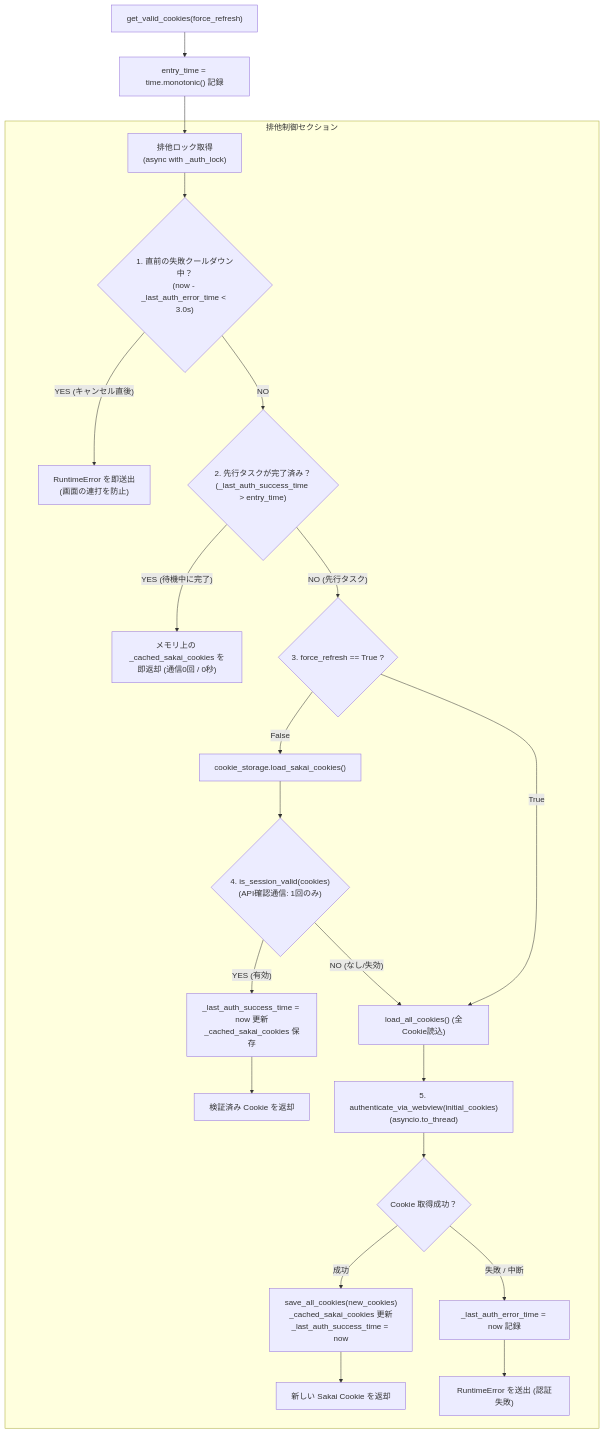
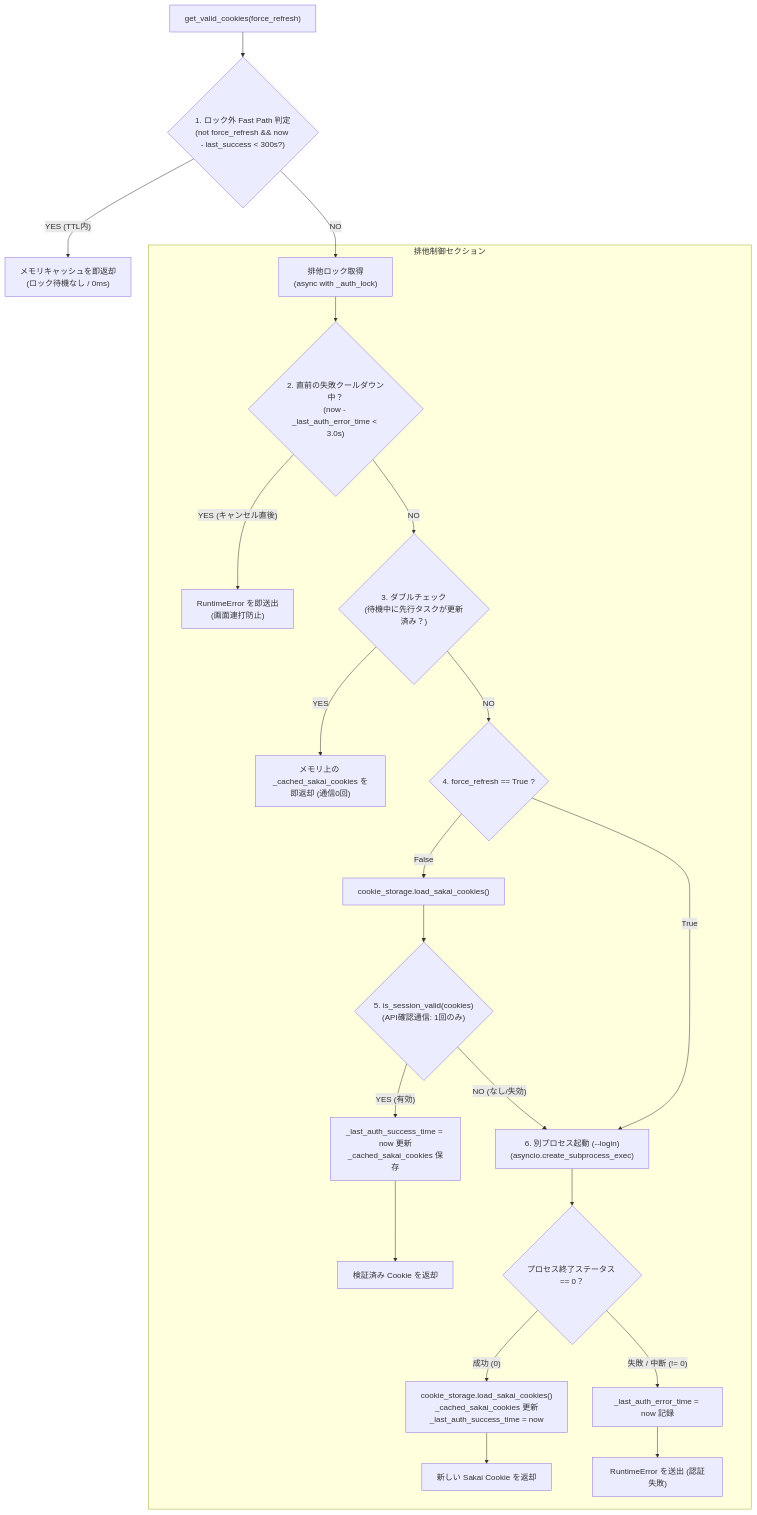
Before and after one commit to project-sakai-mcp/sakai-tasks-mcp: the sixth of 11 diagrams in docs/architecture.md, drawn with Mermaid. The commit also changed other lines of this file, not shown here.

Commit message:
update architecture

````diff
--- a/docs/architecture.md
+++ b/docs/architecture.md
@@ -671,33 +690,34 @@
 ```mermaid
 flowchart TD
-    Start["get_valid_cookies(force_refresh)"] --> RecordTime["entry_time = time.monotonic() 記録"]
-    RecordTime --> AcquireLock["排他ロック取得<br/>(async with _auth_lock)"]
+    Start["get_valid_cookies(force_refresh)"] --> CheckFastPath{"1. ロック外 Fast Path 判定<br/>(not force_refresh && now - last_success < 300s?)"}
+    CheckFastPath -- "YES (TTL内)" --> ReturnFast["メモリキャッシュを即返却<br/>(ロック待機なし / 0ms)"]
+    
+    CheckFastPath -- "NO" --> AcquireLock["排他ロック取得<br/>(async with _auth_lock)"]
 
     subgraph LockProtected ["排他制御セクション"]
-        AcquireLock --> CheckCooldown{"1. 直前の失敗クールダウン中？<br/>(now - _last_auth_error_time < 3.0s)"}
-        CheckCooldown -- "YES (キャンセル直後)" --> ErrorCooldown["RuntimeError を即送出<br/>(画面の連打を防止)"]
+        AcquireLock --> CheckCooldown{"2. 直前の失敗クールダウン中？<br/>(now - _last_auth_error_time < 3.0s)"}
+        CheckCooldown -- "YES (キャンセル直後)" --> ErrorCooldown["RuntimeError を即送出<br/>(画面連打防止)"]
 
-        CheckCooldown -- "NO" --> CheckPreceding{"2. 先行タスクが完了済み？<br/>(_last_auth_success_time > entry_time)"}
-        CheckPreceding -- "YES (待機中に完了)" --> ReturnCached["メモリ上の _cached_sakai_cookies を<br/>即返却 (通信0回 / 0秒)"]
+        CheckCooldown -- "NO" --> CheckDoubleCheck{"3. ダブルチェック<br/>(待機中に先行タスクが更新済み？)"}
+        CheckDoubleCheck -- "YES" --> ReturnCached["メモリ上の _cached_sakai_cookies を<br/>即返却 (通信0回)"]
 
-        CheckPreceding -- "NO (先行タスク)" --> IsForce{"3. force_refresh == True ?"}
+        CheckDoubleCheck -- "NO" --> IsForce{"4. force_refresh == True ?"}
 
         IsForce -- "False" --> LoadLocal["cookie_storage.load_sakai_cookies()"]
-        LoadLocal --> CheckAPI{"4. is_session_valid(cookies)<br/>(API確認通信: 1回のみ)"}
+        LoadLocal --> CheckAPI{"5. is_session_valid(cookies)<br/>(API確認通信: 1回のみ)"}
 
         CheckAPI -- "YES (有効)" --> UpdateSuccess["_last_auth_success_time = now 更新<br/>_cached_sakai_cookies 保存"]
         UpdateSuccess --> ReturnValid["検証済み Cookie を返却"]
 
-        IsForce -- "True" --> LoadAllSaved["load_all_cookies() (全Cookie読込)"]
-        CheckAPI -- "NO (なし/失効)" --> LoadAllSaved
+        IsForce -- "True" --> RunSubproc
+        CheckAPI -- "NO (なし/失効)" --> RunSubproc
 
-        LoadAllSaved --> RunWV["5. authenticate_via_webview(initial_cookies)<br/>(asyncio.to_thread)"]
-        RunWV --> CheckWVResult{"Cookie 取得成功？"}
+        RunSubproc["6. 別プロセス起動 (--login)<br/>(asyncio.create_subprocess_exec)"] --> CheckResult{"プロセス終了ステータス == 0？"}
 
-        CheckWVResult -- "成功" --> SaveAll["save_all_cookies(new_cookies)<br/>_cached_sakai_cookies 更新<br/>_last_auth_success_time = now"]
-        SaveAll --> ReturnNew["新しい Sakai Cookie を返却"]
+        CheckResult -- "成功 (0)" --> ReloadSaved["cookie_storage.load_sakai_cookies()<br/>_cached_sakai_cookies 更新<br/>_last_auth_success_time = now"]
+        ReloadSaved --> ReturnNew["新しい Sakai Cookie を返却"]
 
-        CheckWVResult -- "失敗 / 中断" --> SetErrTime["_last_auth_error_time = now 記録"]
+        CheckResult -- "失敗 / 中断 (!= 0)" --> SetErrTime["_last_auth_error_time = now 記録"]
         SetErrTime --> ErrorFail["RuntimeError を送出 (認証失敗)"]
     end
 ```
````
